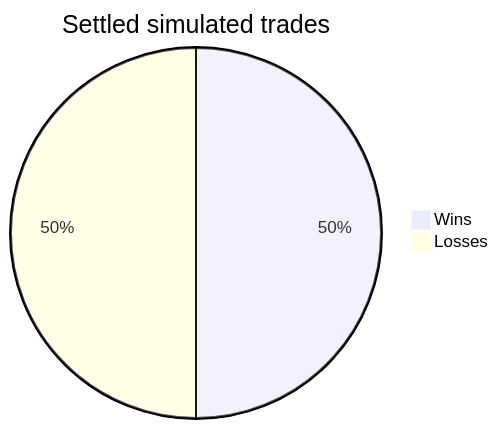
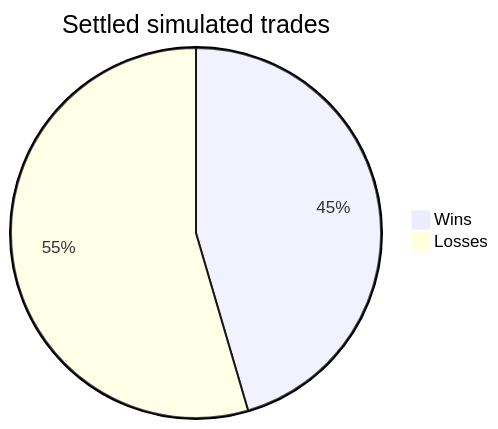
One commit to cheeseonamonkey/PaperLab changed the diagram in docs/bots/btc_momentum.md. Above: the diagram before and after it, drawn with Mermaid. The commit also changed other lines of this file and 34 other files, not shown here.

````diff
--- a/docs/bots/btc_momentum.md
+++ b/docs/bots/btc_momentum.md
@@ -22,5 +22,5 @@
 ```mermaid
 pie title Settled simulated trades
     "Wins" : 5
-    "Losses" : 5
+    "Losses" : 6
 ```
````
